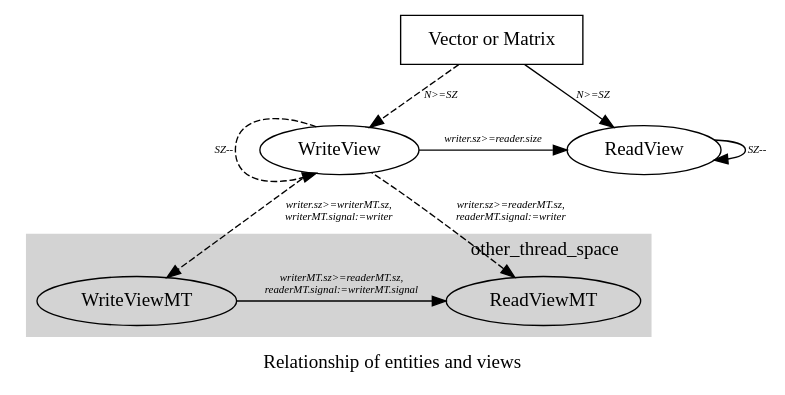
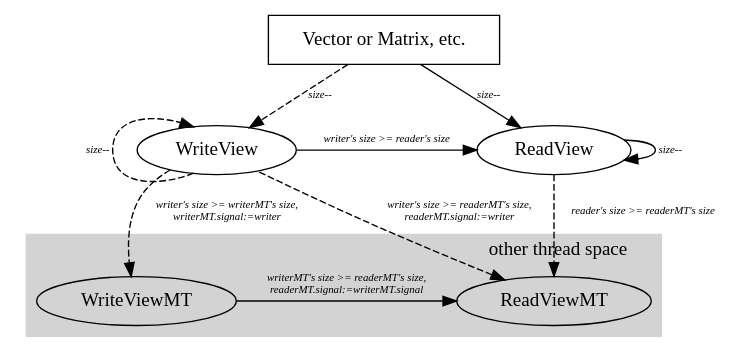
Before and after one commit to navyxliu/libvina: the diagram in docs/relationship_views.dot, drawn with Graphviz. The commit also changed 17 other files, not shown here.

```diff
--- a/docs/relationship_views.dot
+++ b/docs/relationship_views.dot
@@ -1,43 +1,43 @@
 digraph G_VIEWS {
 
 	edge [fontsize=8, fontname="Times-Italic"]
-	label="Relationship of entities and views"
+	//label="Relationship of entities and views"
 
-        Entity[label="Vector or Matrix",
+        Entity[label="Vector or Matrix, etc.",
 	       shape=box];
 	
 	{
 		node [shape=ellipse]
 		rank=same
 		ReadView;
 		WriteView;
 	}
-	Entity -> ReadView[label="N>=SZ"];
-	Entity -> WriteView [label="N>=SZ", style=dashed];
+	Entity -> ReadView[label="size--"];
+	Entity -> WriteView [label="size--", style=dashed];
 
-	ReadView -> ReadView[label="SZ--"];
-	WriteView : nw-> WriteView : sw[label="SZ--", style=dashed];
-	WriteView -> ReadView[label="writer.sz>=reader.size"]
+	ReadView -> ReadView[label="size--"];
+	WriteView : sw-> WriteView : nw [label="size--", style=dashed];
+	WriteView -> ReadView[label="writer's size >= reader's size"]
 
 	subgraph cluster0 {
-		label="other_thread_space"
+		label="other thread space"
 		labeljust="r"
 		style=filled
 		color=lightgray
 		{
 			rank=same
 			ReadViewMT;
 			WriteViewMT;
 		}
 		
-			WriteView -> WriteViewMT[label="writer.sz>=writerMT.sz,\nwriterMT.signal:=writer", labelfloat=false, style=dashed]
-
+		WriteView -> WriteViewMT[label="writer's size >= writerMT's size,\nwriterMT.signal:=writer", labelfloat=false, style=dashed]
+                ReadView  -> ReadViewMT[label="reader's size >= readerMT's size", labelfloat=false, style=dashed]
 		
 
-			ReadViewMT->WriteView[label="writer.sz>=readerMT.sz,\nreaderMT.signal:=writer", labelfloat=false, dir=back, style=dashed]
+		ReadViewMT->WriteView[label="writer's size >= readerMT's size,\nreaderMT.signal:=writer", labelfloat=false, dir=back, style=dashed]
 
 
-			WriteViewMT -> ReadViewMT[label="writerMT.sz>=readerMT.sz,\nreaderMT.signal:=writerMT.signal", constraint=false]
+		WriteViewMT -> ReadViewMT[label="writerMT's size >= readerMT's size,\nreaderMT.signal:=writerMT.signal", constraint=false]
 
 	}
 }
```
